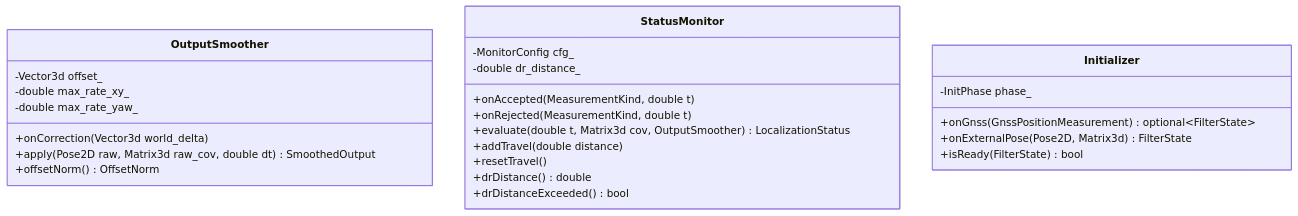
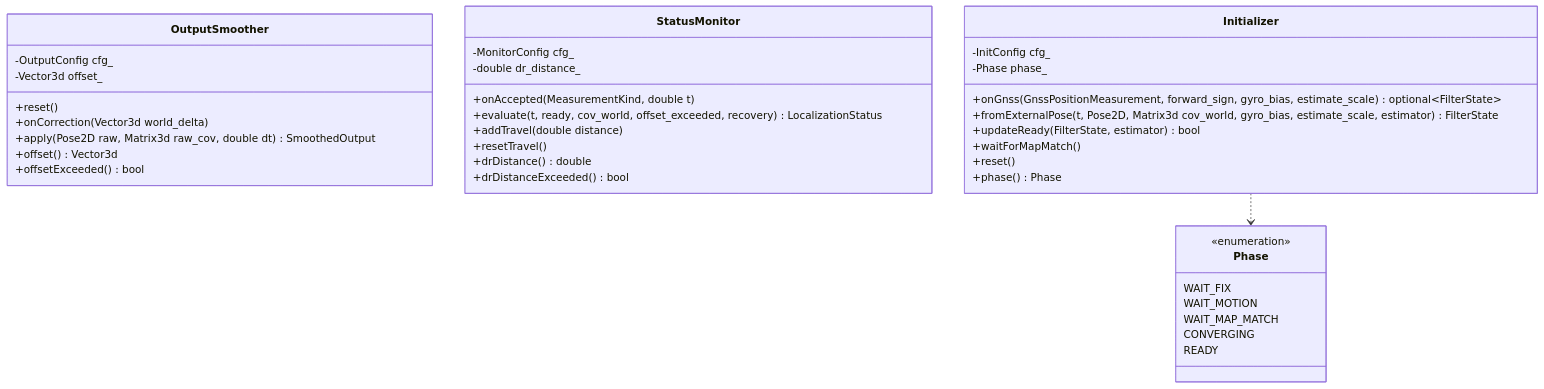
Before and after one commit to mamoru1126/gnss_and_lidar_localization: the seventh of 15 diagrams in docs/architecture.md, drawn with Mermaid. The commit also changed other lines of this file and 12 other files, not shown here.

First line of the commit message:
feat: 地図上での初期化にタイムアウトを追加し、Phase 2 に合わせて文書を更新

````diff
--- a/docs/architecture.md
+++ b/docs/architecture.md
@@ -526,28 +624,41 @@
 ```mermaid
 classDiagram
   class OutputSmoother {
+    -OutputConfig cfg_
     -Vector3d offset_
-    -double max_rate_xy_
-    -double max_rate_yaw_
+    +reset()
     +onCorrection(Vector3d world_delta)
     +apply(Pose2D raw, Matrix3d raw_cov, double dt) SmoothedOutput
-    +offsetNorm() OffsetNorm
+    +offset() Vector3d
+    +offsetExceeded() bool
   }
   class StatusMonitor {
     -MonitorConfig cfg_
     -double dr_distance_
     +onAccepted(MeasurementKind, double t)
-    +onRejected(MeasurementKind, double t)
-    +evaluate(double t, Matrix3d cov, OutputSmoother) LocalizationStatus
+    +evaluate(t, ready, cov_world, offset_exceeded, recovery) LocalizationStatus
     +addTravel(double distance)
     +resetTravel()
     +drDistance() double
     +drDistanceExceeded() bool
   }
   class Initializer {
-    -InitPhase phase_
-    +onGnss(GnssPositionMeasurement) optional~FilterState~
-    +onExternalPose(Pose2D, Matrix3d) FilterState
-    +isReady(FilterState) bool
+    -InitConfig cfg_
+    -Phase phase_
+    +onGnss(GnssPositionMeasurement, forward_sign, gyro_bias, estimate_scale) optional~FilterState~
+    +fromExternalPose(t, Pose2D, Matrix3d cov_world, gyro_bias, estimate_scale, estimator) FilterState
+    +updateReady(FilterState, estimator) bool
+    +waitForMapMatch()
+    +reset()
+    +phase() Phase
   }
+  class Phase {
+    <<enumeration>>
+    WAIT_FIX
+    WAIT_MOTION
+    WAIT_MAP_MATCH
+    CONVERGING
+    READY
+  }
+  Initializer ..> Phase
 ```
````
